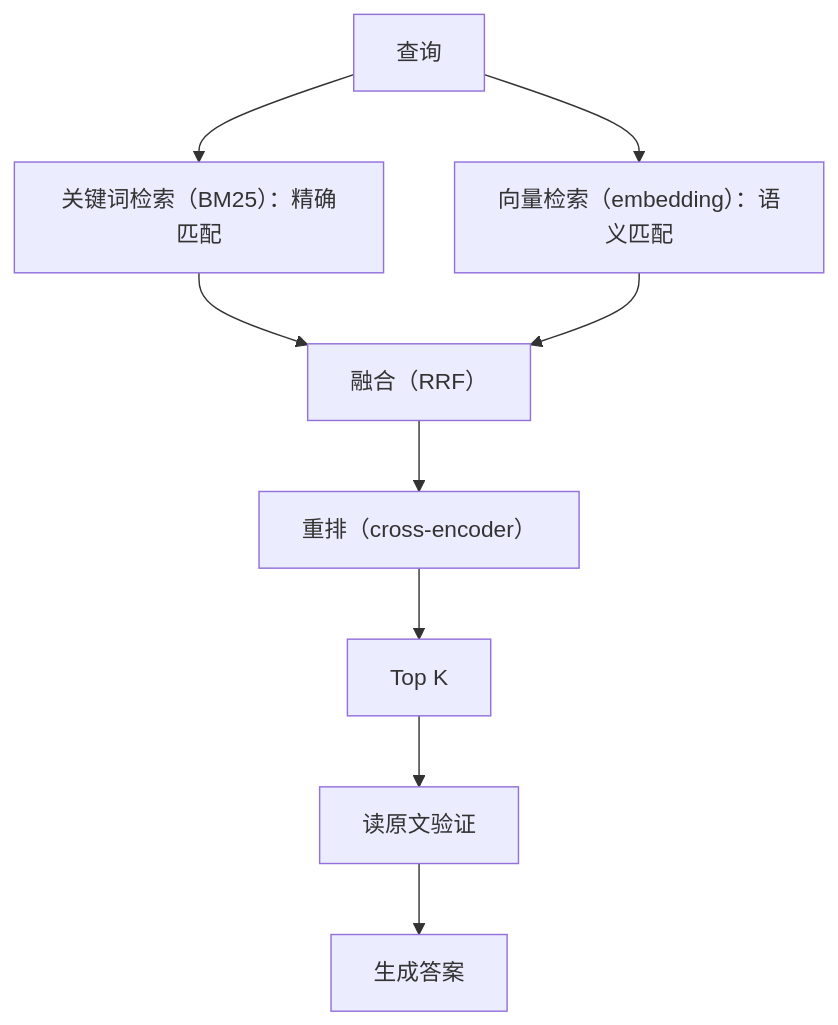
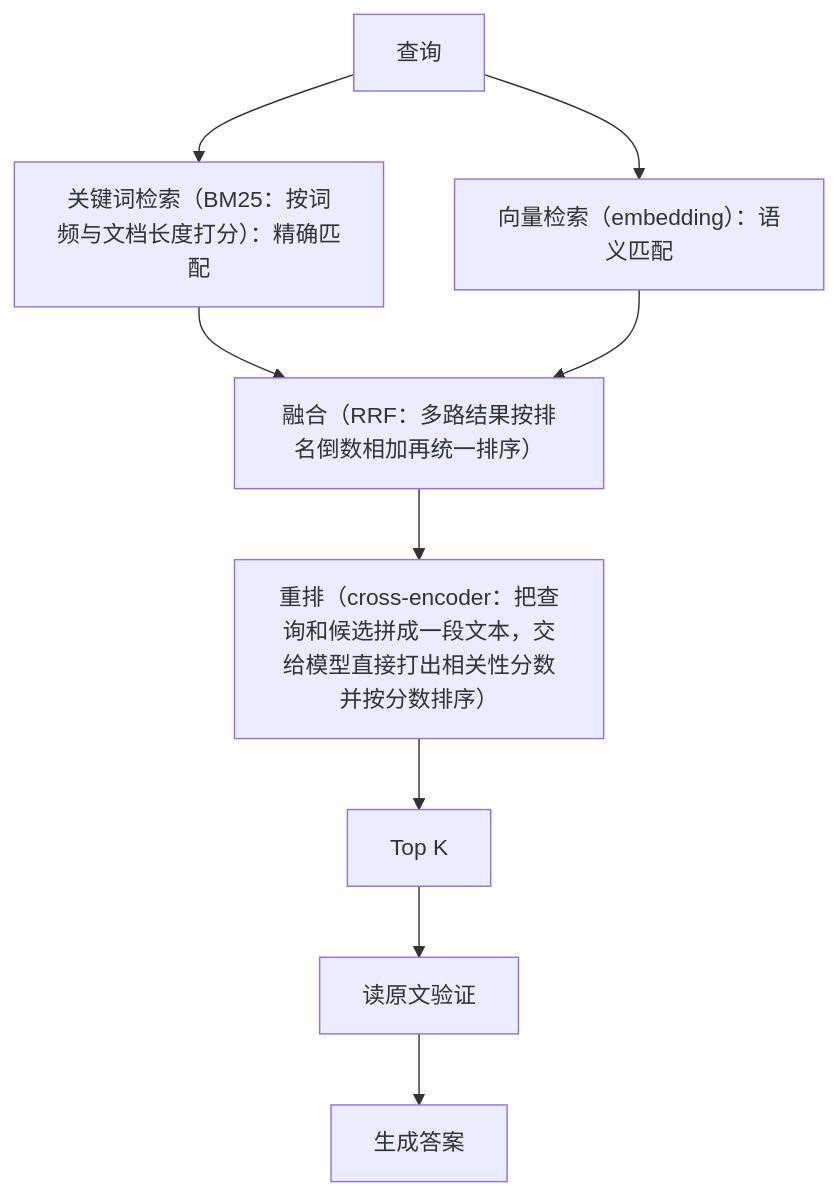
One commit to hub138/technical-knowledge changed the third of 3 diagrams in vault/工程知识/AI 系统工程：从模型能力到生产能力/模型基础与训练/Token、Embedding与表示学习连接数据和模型.md. Above: the diagram before and after it, drawn with Mermaid. The commit also changed other lines of this file and 622 other files, not shown here.

````diff
--- a/vault/工程知识/AI 系统工程：从模型能力到生产能力/模型基础与训练/Token、Embedding与表示学习连接数据和模型.md
+++ b/vault/工程知识/AI 系统工程：从模型能力到生产能力/模型基础与训练/Token、Embedding与表示学习连接数据和模型.md
@@ -221,11 +249,11 @@
 ```mermaid
 flowchart TB
-    q["查询"] --> k1["关键词检索（BM25）：精确匹配"]
+    q["查询"] --> k1["关键词检索（BM25：按词频与文档长度打分）：精确匹配"]
     q --> k2["向量检索（embedding）：语义匹配"]
-    k1 --> f["融合（RRF）"]
+    k1 --> f["融合（RRF：多路结果按排名倒数相加再统一排序）"]
     k2 --> f
-    f --> r["重排（cross-encoder）"]
-    r --> t["Top K"]
+    f --> r["重排"]
+    r["重排（cross-encoder：把查询和候选拼成一段文本，交给模型直接打出相关性分数并按分数排序）"] --> t["Top K"]
     t --> v["读原文验证"]
     v --> g["生成答案"]
 ```
````
